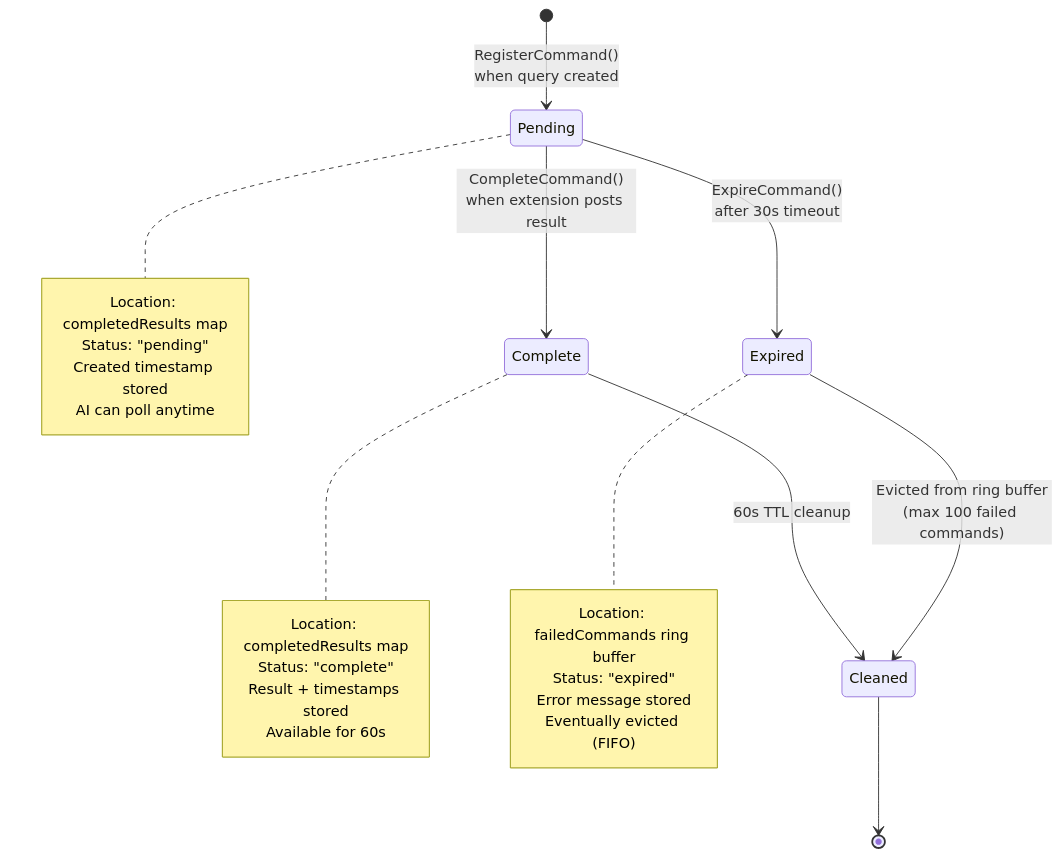
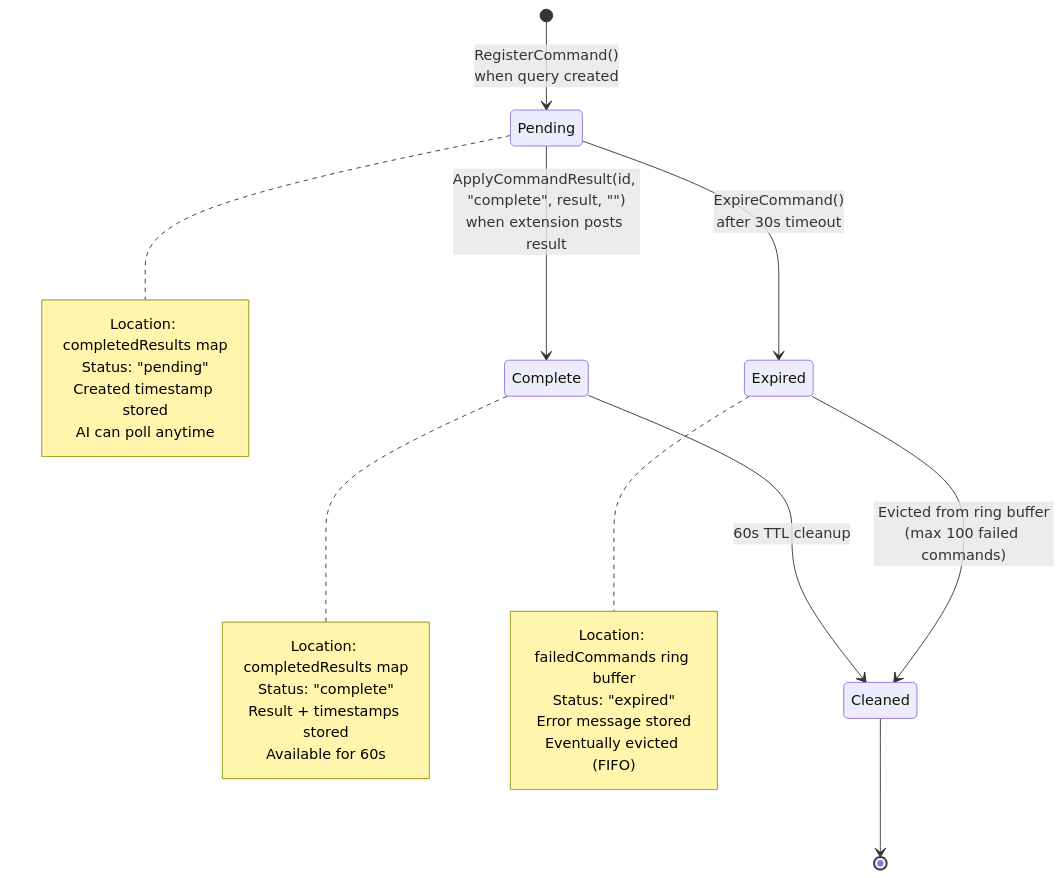
One commit to brennhill/Kaboom-Browser-AI-Devtools-MCP changed the first of 4 diagrams in docs/architecture/diagrams/correlation-id-lifecycle.md. Above: the diagram before and after it, drawn with Mermaid. The commit also changed other lines of this file and 35 other files, not shown here.

````diff
--- a/docs/architecture/diagrams/correlation-id-lifecycle.md
+++ b/docs/architecture/diagrams/correlation-id-lifecycle.md
@@ -13,33 +13,33 @@
 ```mermaid
 stateDiagram-v2
     [*] --> Pending: RegisterCommand()<br/>when query created
 
-    Pending --> Complete: CompleteCommand()<br/>when extension posts result
+    Pending --> Complete: ApplyCommandResult(id, "complete", result, "")<br/>when extension posts result
     Pending --> Expired: ExpireCommand()<br/>after 30s timeout
 
     Complete --> Cleaned: 60s TTL cleanup
     Expired --> Cleaned: Evicted from ring buffer<br/>(max 100 failed commands)
 
     Cleaned --> [*]
 
     note right of Pending
         Location: completedResults map
         Status: "pending"
         Created timestamp stored
         AI can poll anytime
     end note
 
     note right of Complete
         Location: completedResults map
         Status: "complete"
         Result + timestamps stored
         Available for 60s
     end note
 
     note right of Expired
         Location: failedCommands ring buffer
         Status: "expired"
         Error message stored
         Eventually evicted (FIFO)
     end note
 ```
````
